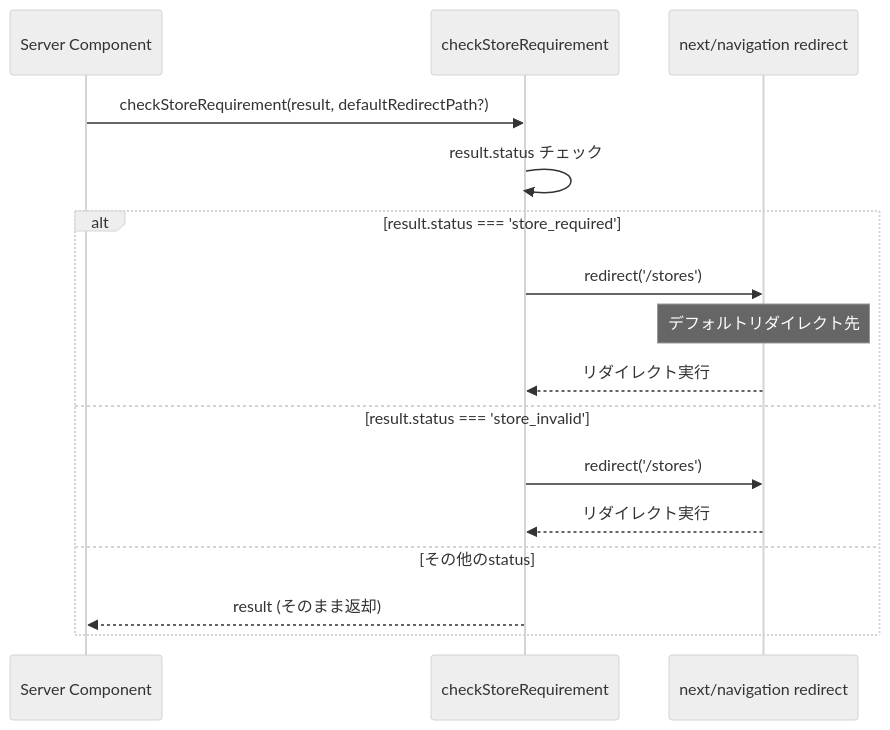
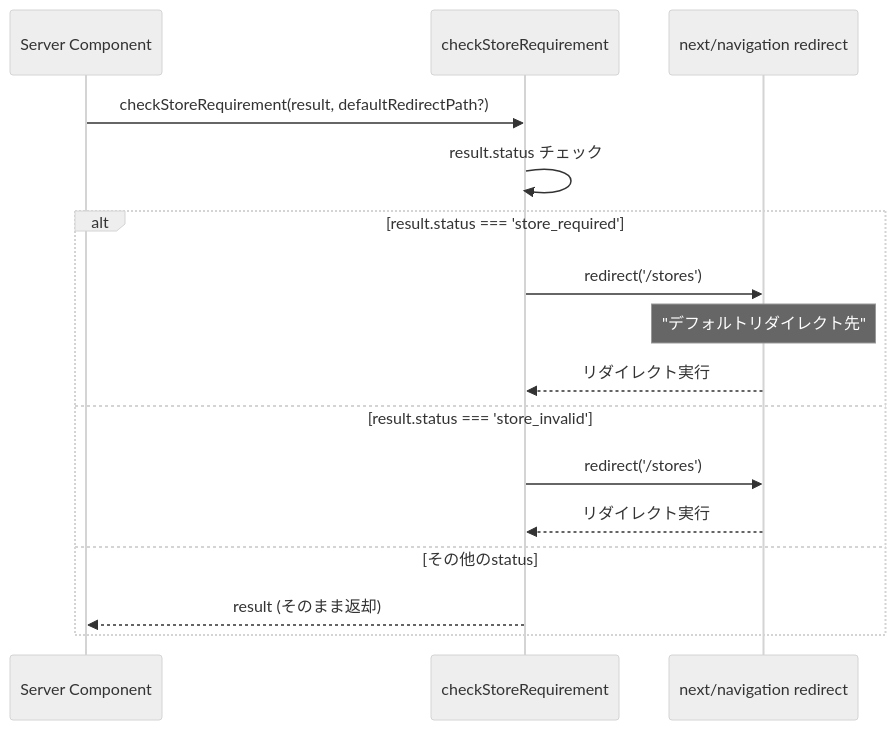
Before and after one commit to wasabi49/ocs-systemDevelopmentExercises: the first of 6 diagrams in document/utils/sequence/storeRedirect.md, drawn with Mermaid (neutral theme). The commit also changed other lines of this file and 42 other files, not shown here.

First line of the commit message:
fix: mermaidシーケンス図のNote over文でダブルクォーテーション不足を修正

````diff
--- a/document/utils/sequence/storeRedirect.md
+++ b/document/utils/sequence/storeRedirect.md
@@ -8,20 +8,20 @@
 ```mermaid
 sequenceDiagram
     participant ServerComp as Server Component
     participant Utils as checkStoreRequirement
     participant NextRedirect as next/navigation redirect
 
     ServerComp->>Utils: checkStoreRequirement(result, defaultRedirectPath?)
     Utils->>Utils: result.status チェック
     
     alt result.status === 'store_required'
         Utils->>NextRedirect: redirect('/stores')
-        Note over NextRedirect: デフォルトリダイレクト先
+        Note over NextRedirect: "デフォルトリダイレクト先"
         NextRedirect-->>Utils: リダイレクト実行
     else result.status === 'store_invalid'
         Utils->>NextRedirect: redirect('/stores')
         NextRedirect-->>Utils: リダイレクト実行
     else その他のstatus
         Utils-->>ServerComp: result (そのまま返却)
     end
 ```
````
